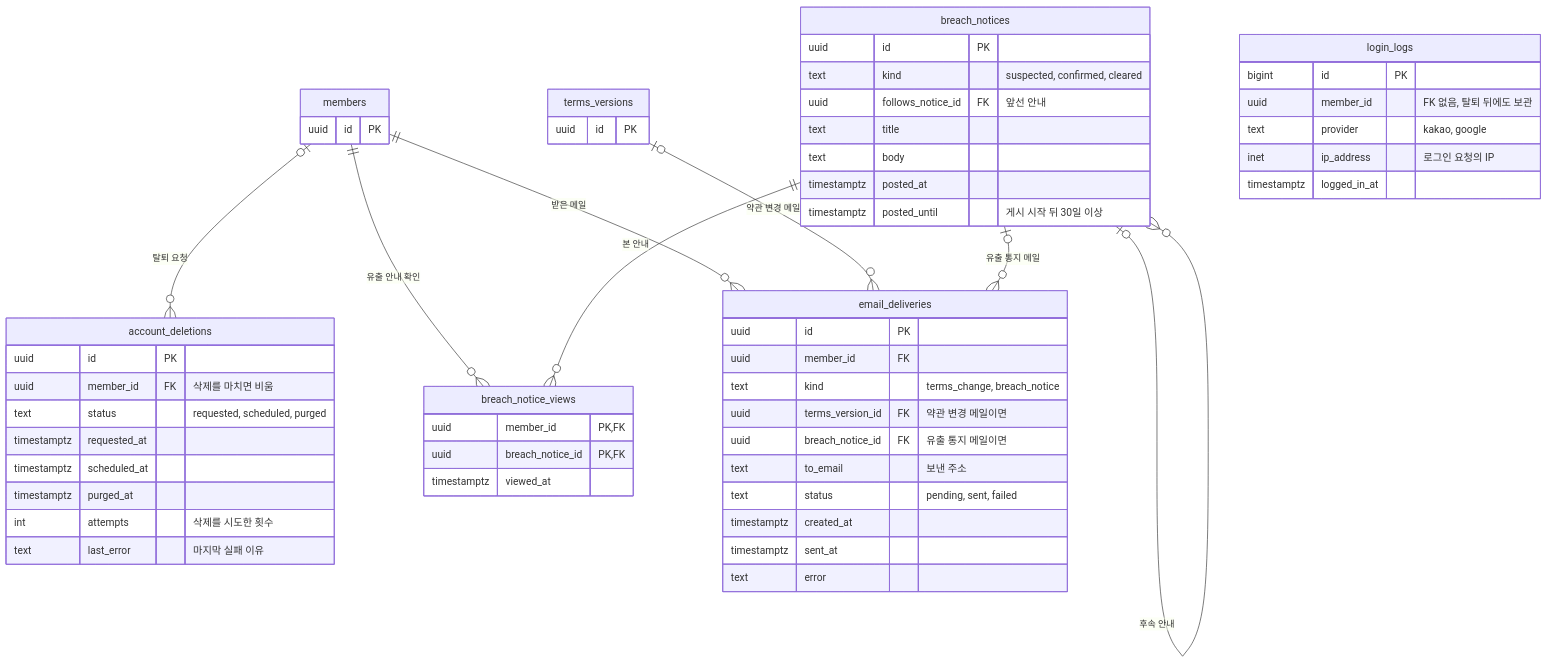
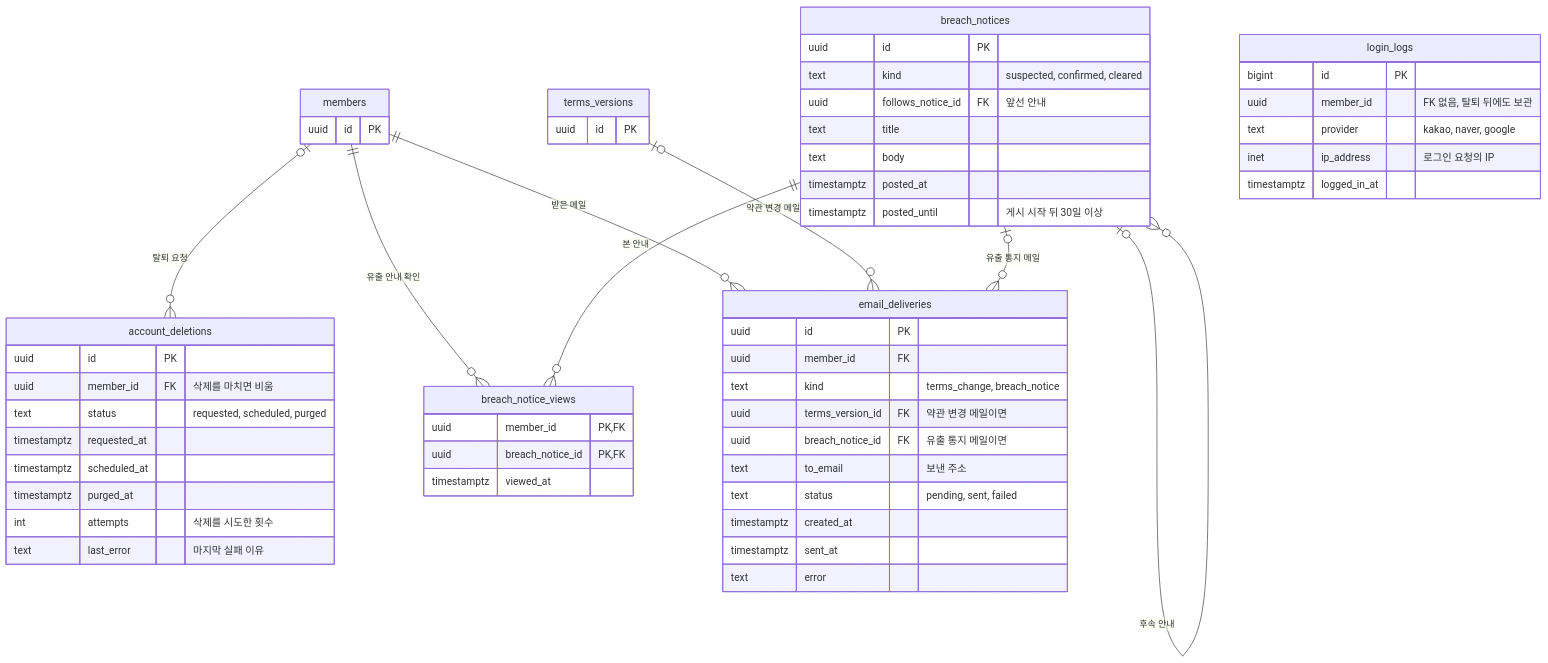
One commit to god3v/hamtteukka changed the second of 2 diagrams in docs/specs/001-account/design/erd.md. Above: the diagram before and after it, drawn with Mermaid. The commit also changed other lines of this file and 15 other files, not shown here.

````diff
--- a/docs/specs/001-account/design/erd.md
+++ b/docs/specs/001-account/design/erd.md
@@ -69,59 +69,59 @@
 ```mermaid
 erDiagram
   members |o--o{ account_deletions : "탈퇴 요청"
   members ||--o{ breach_notice_views : "유출 안내 확인"
   breach_notices ||--o{ breach_notice_views : "본 안내"
   breach_notices |o--o{ breach_notices : "후속 안내"
   members ||--o{ email_deliveries : "받은 메일"
   terms_versions |o--o{ email_deliveries : "약관 변경 메일"
   breach_notices |o--o{ email_deliveries : "유출 통지 메일"
   members {
     uuid id PK
   }
   terms_versions {
     uuid id PK
   }
   account_deletions {
     uuid id PK
     uuid member_id FK "삭제를 마치면 비움"
     text status "requested, scheduled, purged"
     timestamptz requested_at
     timestamptz scheduled_at
     timestamptz purged_at
     int attempts "삭제를 시도한 횟수"
     text last_error "마지막 실패 이유"
   }
   login_logs {
     bigint id PK
     uuid member_id "FK 없음, 탈퇴 뒤에도 보관"
-    text provider "kakao, google"
+    text provider "kakao, naver, google"
     inet ip_address "로그인 요청의 IP"
     timestamptz logged_in_at
   }
   breach_notices {
     uuid id PK
     text kind "suspected, confirmed, cleared"
     uuid follows_notice_id FK "앞선 안내"
     text title
     text body
     timestamptz posted_at
     timestamptz posted_until "게시 시작 뒤 30일 이상"
   }
   breach_notice_views {
     uuid member_id PK, FK
     uuid breach_notice_id PK, FK
     timestamptz viewed_at
   }
   email_deliveries {
     uuid id PK
     uuid member_id FK
     text kind "terms_change, breach_notice"
     uuid terms_version_id FK "약관 변경 메일이면"
     uuid breach_notice_id FK "유출 통지 메일이면"
     text to_email "보낸 주소"
     text status "pending, sent, failed"
     timestamptz created_at
     timestamptz sent_at
     text error
   }
 ```
````
